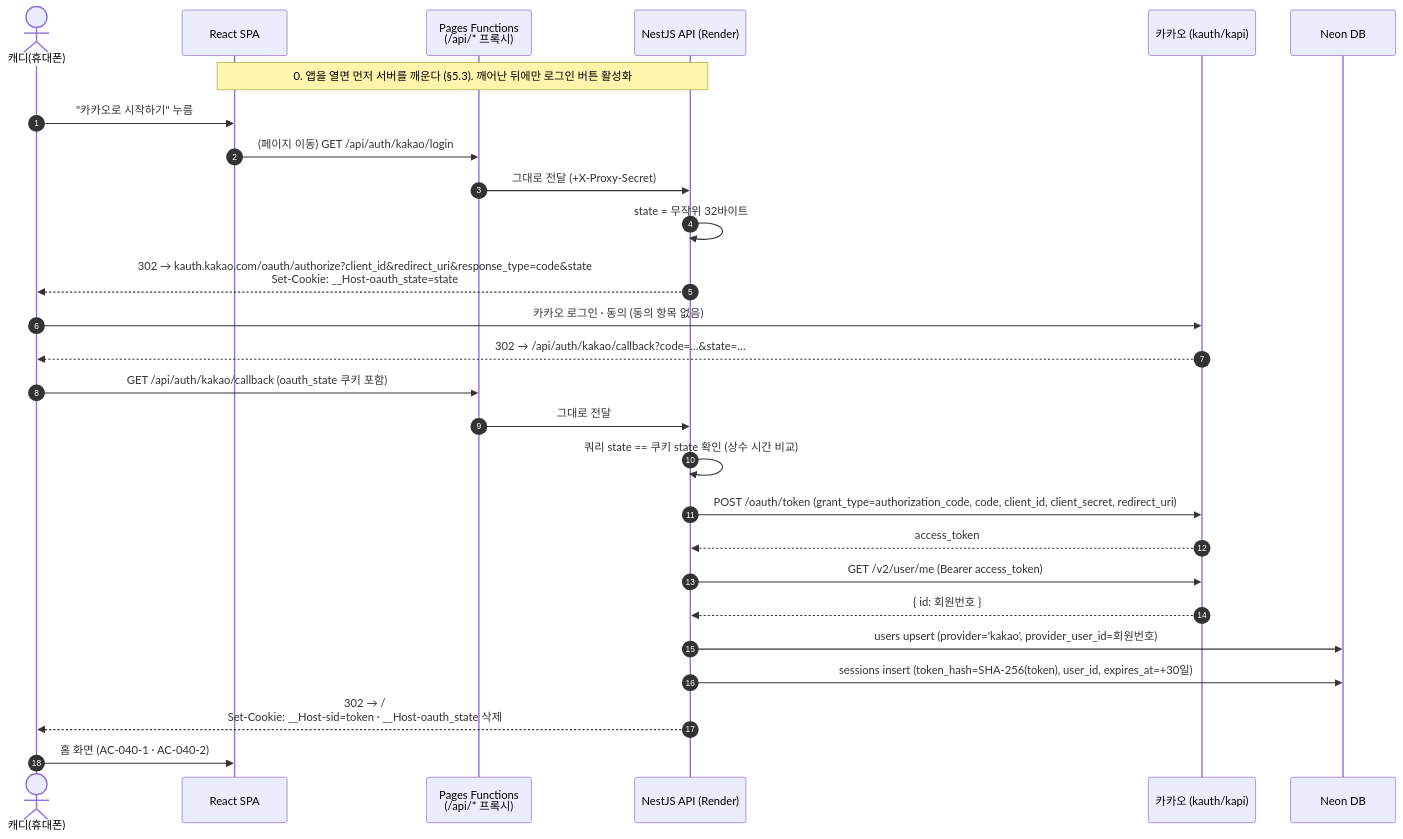
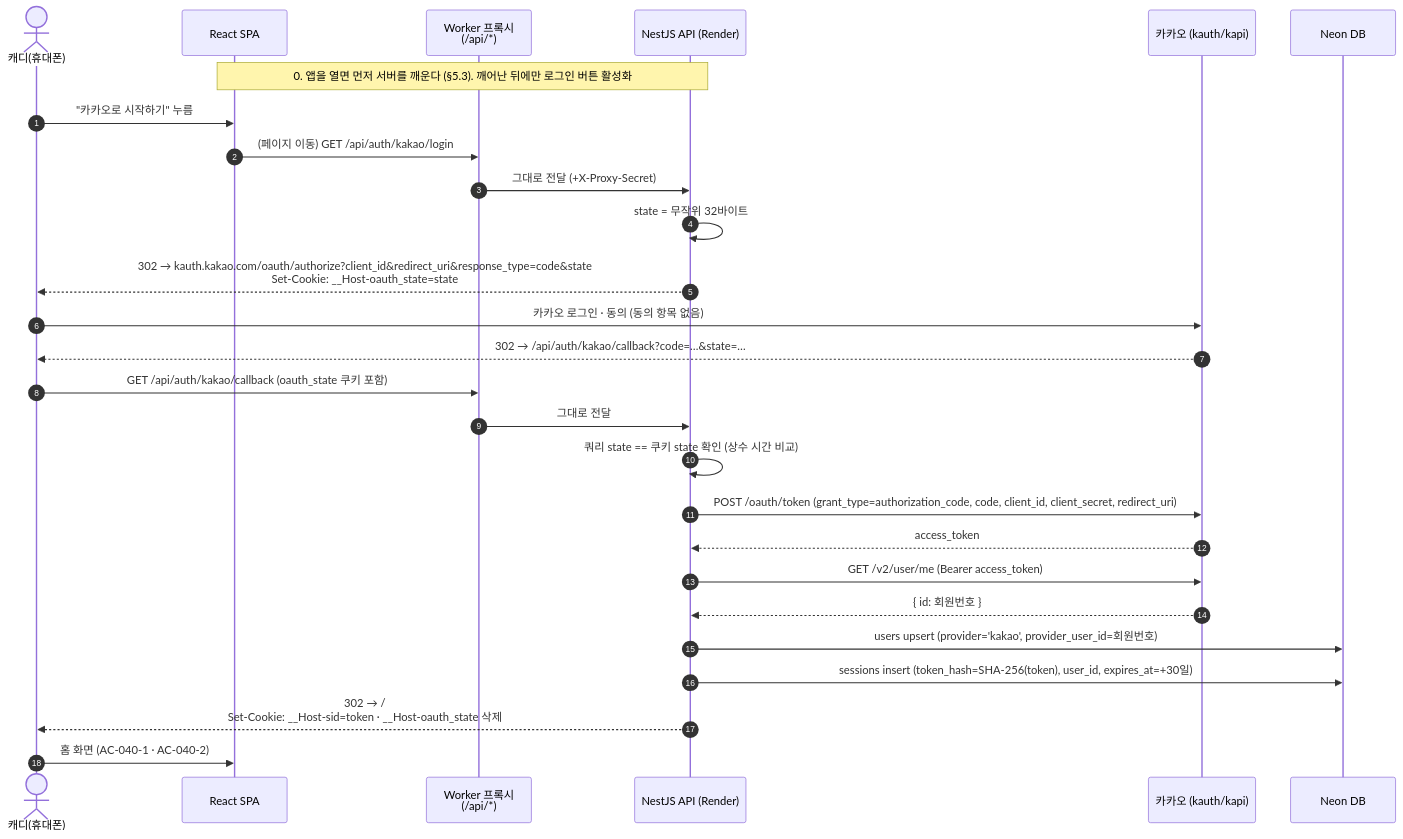
The fourth of 7 diagrams in docs/02-design/architecture.md (devHyeon99/caddy-haru), drawn with Mermaid before and after one commit. The commit also changed other lines of this file and 19 other files, not shown here.

First line of the commit message:
feat(web): Cloudflare Pages Functions를 Workers 정적 자산 + Worker 프록시로 전환 (ADR-0002 개정)

````diff
--- a/docs/02-design/architecture.md
+++ b/docs/02-design/architecture.md
@@ -221,30 +221,30 @@
 ```mermaid
 sequenceDiagram
   autonumber
   actor U as 캐디(휴대폰)
   participant W as React SPA
-  participant P as Pages Functions<br/>(/api/* 프록시)
+  participant P as Worker 프록시<br/>(/api/*)
   participant A as NestJS API (Render)
   participant K as 카카오 (kauth/kapi)
   participant D as Neon DB
 
   Note over W,A: 0. 앱을 열면 먼저 서버를 깨운다 (§5.3). 깨어난 뒤에만 로그인 버튼 활성화
   U->>W: "카카오로 시작하기" 누름
   W->>P: (페이지 이동) GET /api/auth/kakao/login
   P->>A: 그대로 전달 (+X-Proxy-Secret)
   A->>A: state = 무작위 32바이트
   A-->>U: 302 → kauth.kakao.com/oauth/authorize?client_id&redirect_uri&response_type=code&state<br/>Set-Cookie: __Host-oauth_state=state
   U->>K: 카카오 로그인 · 동의 (동의 항목 없음)
   K-->>U: 302 → /api/auth/kakao/callback?code=…&state=…
   U->>P: GET /api/auth/kakao/callback (oauth_state 쿠키 포함)
   P->>A: 그대로 전달
   A->>A: 쿼리 state == 쿠키 state 확인 (상수 시간 비교)
   A->>K: POST /oauth/token (grant_type=authorization_code, code, client_id, client_secret, redirect_uri)
   K-->>A: access_token
   A->>K: GET /v2/user/me (Bearer access_token)
   K-->>A: { id: 회원번호 }
   A->>D: users upsert (provider='kakao', provider_user_id=회원번호)
   A->>D: sessions insert (token_hash=SHA-256(token), user_id, expires_at=+30일)
   A-->>U: 302 → / <br/>Set-Cookie: __Host-sid=token · __Host-oauth_state 삭제
   U->>W: 홈 화면 (AC-040-1 · AC-040-2)
 ```
````
